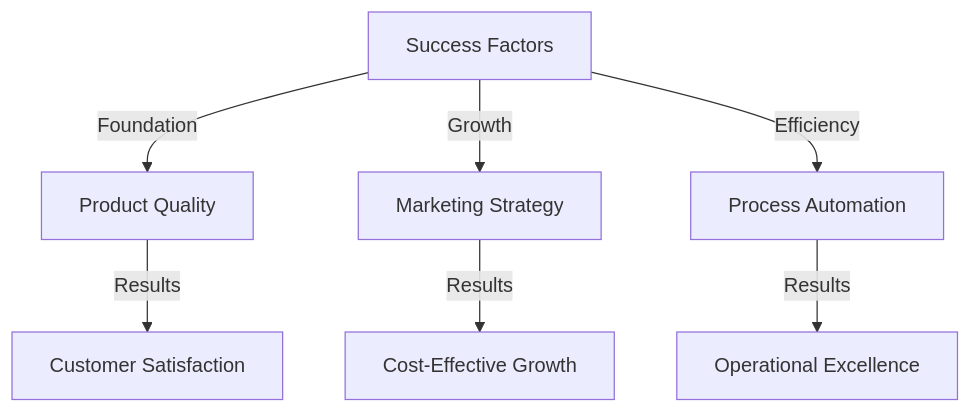
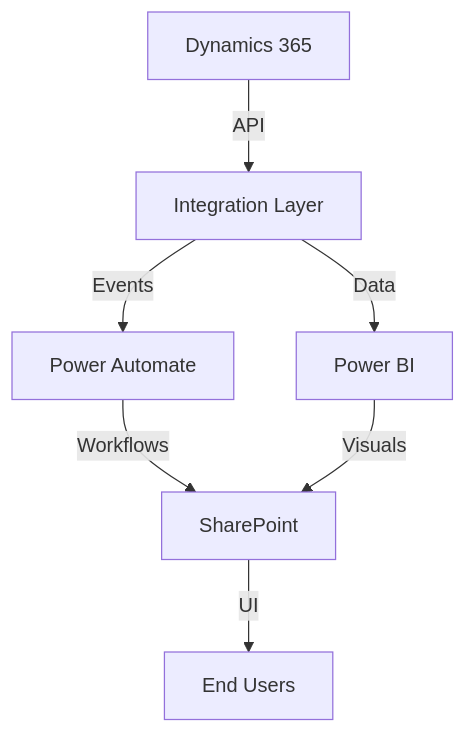
Before and after one commit to pavankakarrot/my-portfolio-website: the seventh of 7 diagrams in content/projects/powerbi/Index.md, drawn with Mermaid. The commit also changed other lines of this file and 19 other files, not shown here.

````diff
--- a/content/projects/powerbi/Index.md
+++ b/content/projects/powerbi/Index.md
@@ -538,9 +620,9 @@
 ```mermaid
 graph TD
-    A[Success Factors] -->|Foundation| B[Product Quality]
-    A -->|Growth| C[Marketing Strategy]
-    A -->|Efficiency| D[Process Automation]
-    B -->|Results| E[Customer Satisfaction]
-    C -->|Results| F[Cost-Effective Growth]
-    D -->|Results| G[Operational Excellence]
+    A[Dynamics 365] -->|API| B[Integration Layer]
+    B -->|Events| C[Power Automate]
+    B -->|Data| D[Power BI]
+    C -->|Workflows| E[SharePoint]
+    D -->|Visuals| E
+    E -->|UI| F[End Users]
 ```
````
